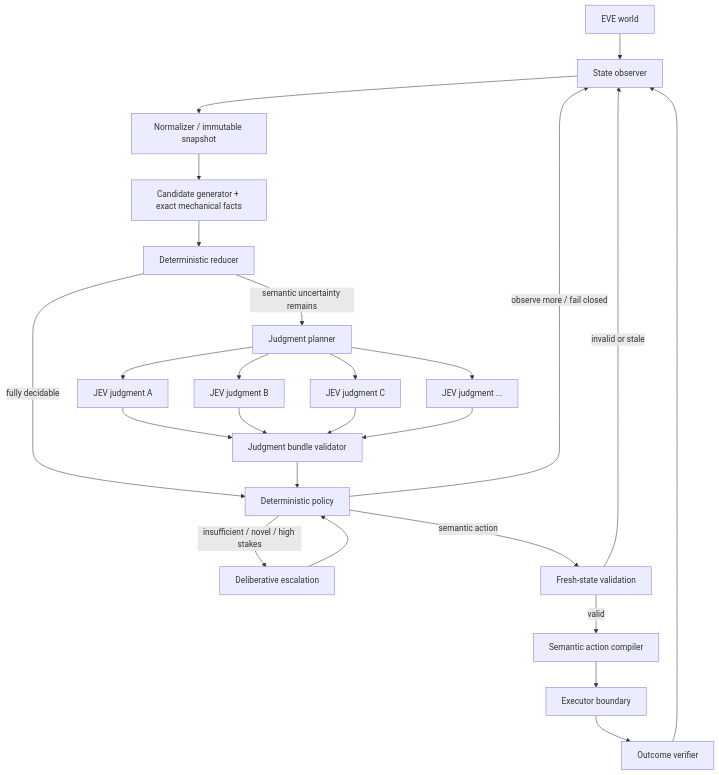
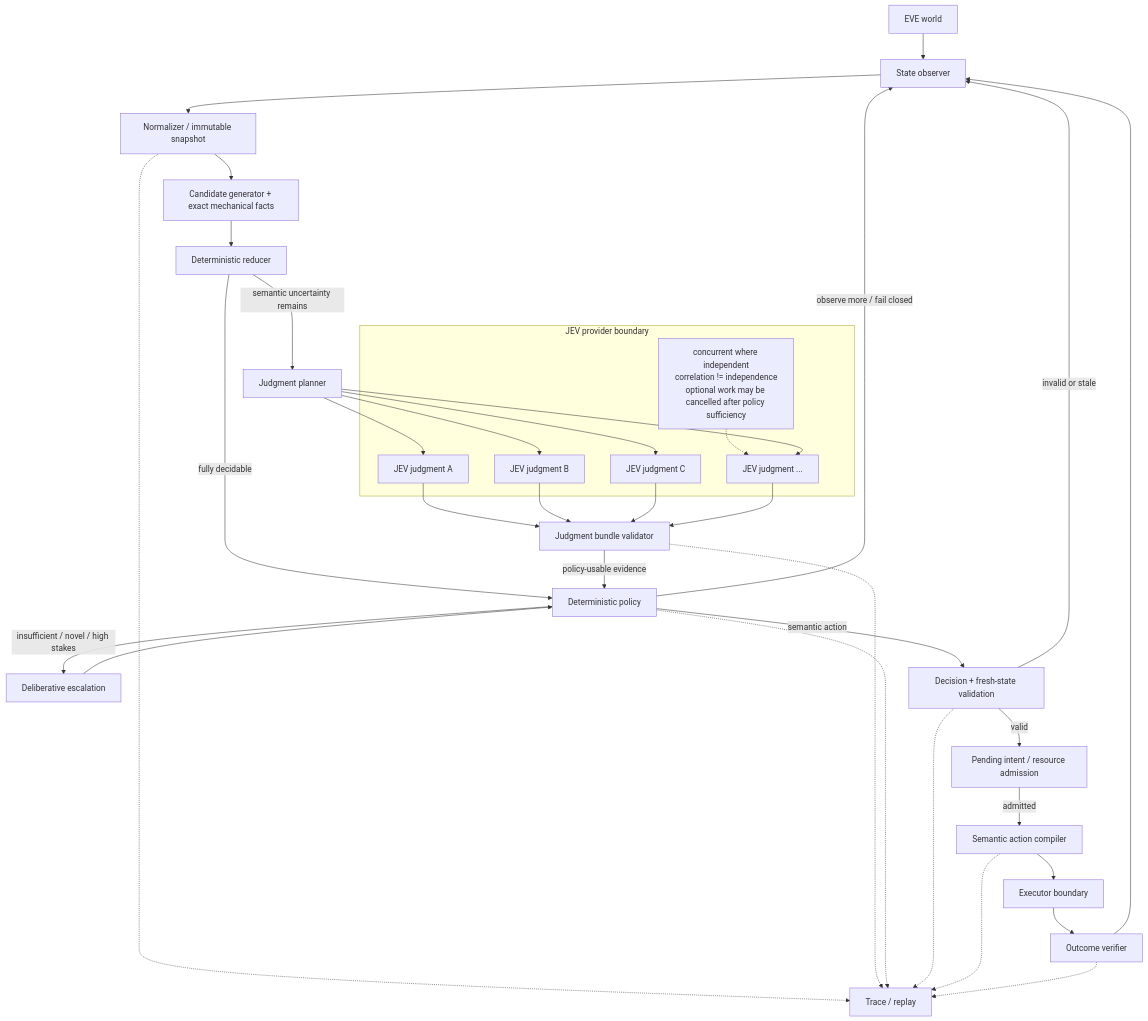
Before and after one commit to 4i7/JEVe: the diagram in README.md, drawn with Mermaid.

Commit message:
Update architecture Mermaid authority boundaries

````diff
--- a/README.md
+++ b/README.md
@@ -101,33 +101,51 @@
 ```mermaid
 flowchart TD
     W[EVE world] --> O[State observer]
     O --> N[Normalizer / immutable snapshot]
     N --> C[Candidate generator + exact mechanical facts]
     C --> R[Deterministic reducer]
 
     R -->|fully decidable| P[Deterministic policy]
     R -->|semantic uncertainty remains| JP[Judgment planner]
 
-    JP --> Q1[JEV judgment A]
-    JP --> Q2[JEV judgment B]
-    JP --> Q3[JEV judgment C]
-    JP --> QN[JEV judgment ...]
+    subgraph JPB[JEV provider boundary]
+        Q1[JEV judgment A]
+        Q2[JEV judgment B]
+        Q3[JEV judgment C]
+        QN[JEV judgment ...]
+        JA["concurrent where independent<br/>correlation != independence<br/>optional work may be cancelled after policy sufficiency"]
+        JA -.-> QN
+    end
+
+    JP --> Q1
+    JP --> Q2
+    JP --> Q3
+    JP --> QN
 
     Q1 --> JB[Judgment bundle validator]
     Q2 --> JB
     Q3 --> JB
     QN --> JB
 
-    JB --> P
+    JB -->|policy-usable evidence| P
     P -->|insufficient / novel / high stakes| D[Deliberative escalation]
     D --> P
 
-    P -->|semantic action| V[Fresh-state validation]
+    P -->|semantic action| V[Decision + fresh-state validation]
     P -->|observe more / fail closed| O
 
     V -->|invalid or stale| O
-    V -->|valid| A[Semantic action compiler]
+    V -->|valid| I[Pending intent / resource admission]
+    I -->|admitted| A[Semantic action compiler]
     A --> E[Executor boundary]
     E --> Q[Outcome verifier]
     Q --> O
+
+    T[Trace / replay]
+    N -.-> T
+    JB -.-> T
+    P -.-> T
+    V -.-> T
+    A -.-> T
+    Q -.-> T
 ```
````
